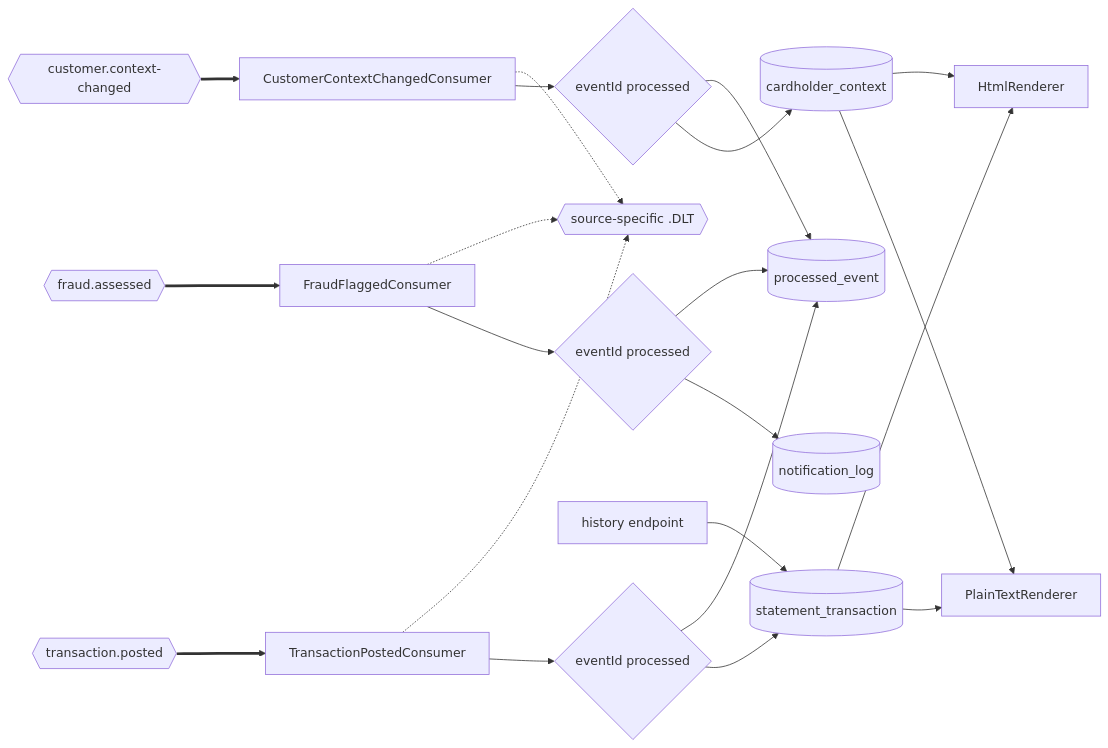
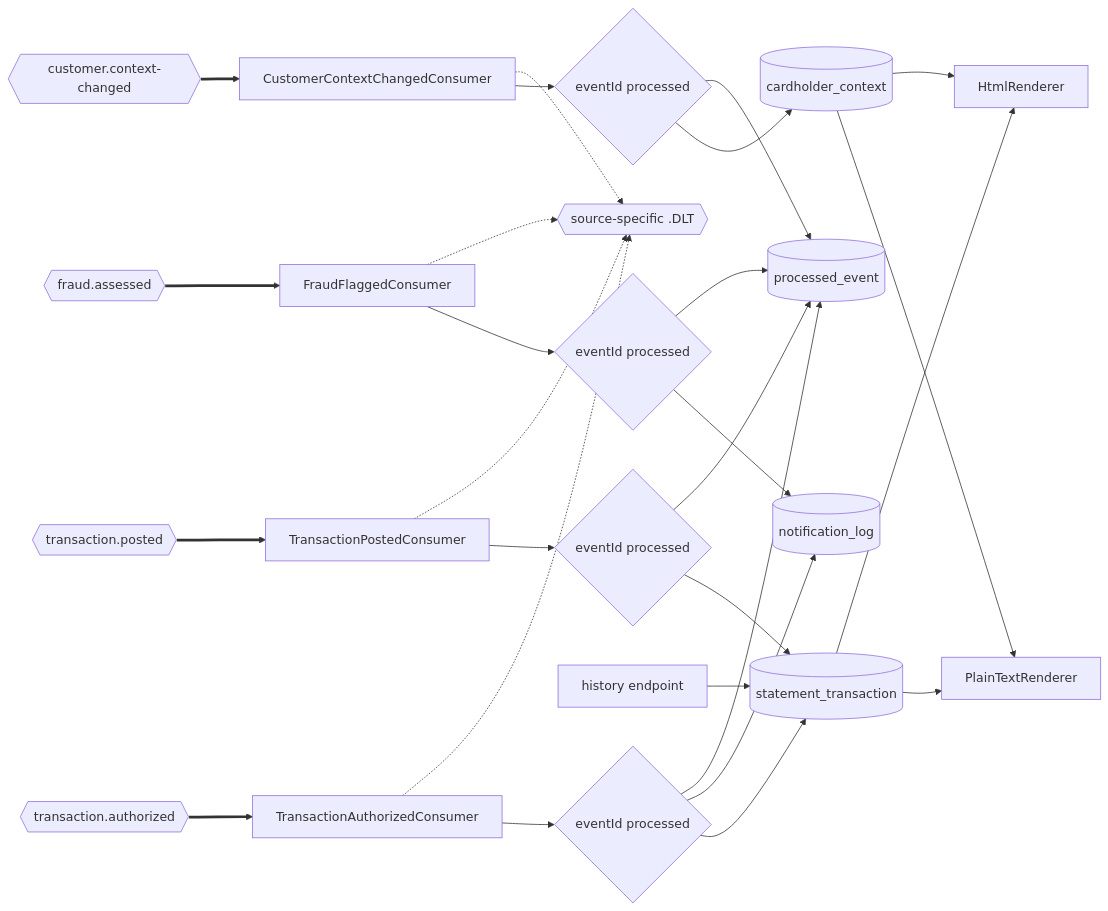
One commit to blitzy-public-samples/aws-carddemo-blitzy changed the diagram in card-platform/services/notification-service/README.md. Above: the diagram before and after it, drawn with Mermaid. The commit also changed other lines of this file and 163 other files, not shown here.

````diff
--- a/card-platform/services/notification-service/README.md
+++ b/card-platform/services/notification-service/README.md
@@ -109,41 +112,50 @@
 ```mermaid
 graph LR
+    TA{{"transaction.authorized"}}
     TP{{"transaction.posted"}}
     FA{{"fraud.assessed"}}
     CC{{"customer.context-changed"}}
+    AC["TransactionAuthorizedConsumer"]
     PC["TransactionPostedConsumer"]
     FC["FraudFlaggedConsumer"]
     CCIN["CustomerContextChangedConsumer"]
+    AG{"eventId processed"}
     PG{"eventId processed"}
     FG{"eventId processed"}
     CG{"eventId processed"}
     ST[("statement_transaction")]
     CP[("cardholder_context")]
     LOG[("notification_log")]
     MARK[("processed_event")]
     PLAIN["PlainTextRenderer"]
     HTML["HtmlRenderer"]
     API["history endpoint"]
     DEAD{{"source-specific .DLT"}}
 
+    TA ==> AC
     TP ==> PC
     FA ==> FC
     CC ==> CCIN
+    AC --> AG
     PC --> PG
     FC --> FG
     CCIN --> CG
+    AG --> ST
+    AG --> LOG
+    AG --> MARK
     PG --> ST
     PG --> MARK
     FG --> LOG
     FG --> MARK
     CG --> CP
     CG --> MARK
     ST --> PLAIN
     ST --> HTML
     CP --> PLAIN
     CP --> HTML
     API --> ST
+    AC -.-> DEAD
     PC -.-> DEAD
     FC -.-> DEAD
     CCIN -.-> DEAD
 ```
````
